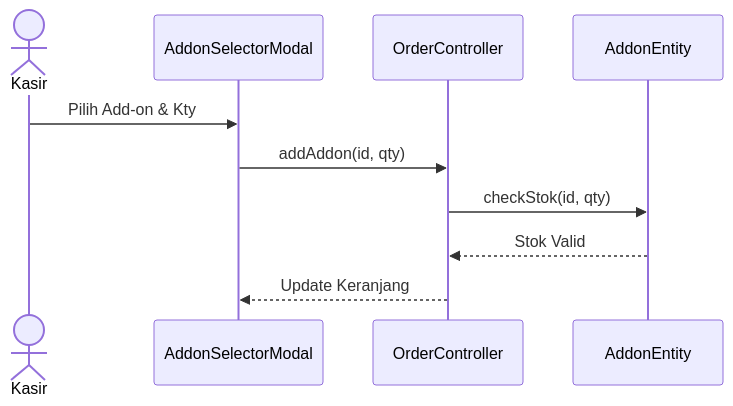
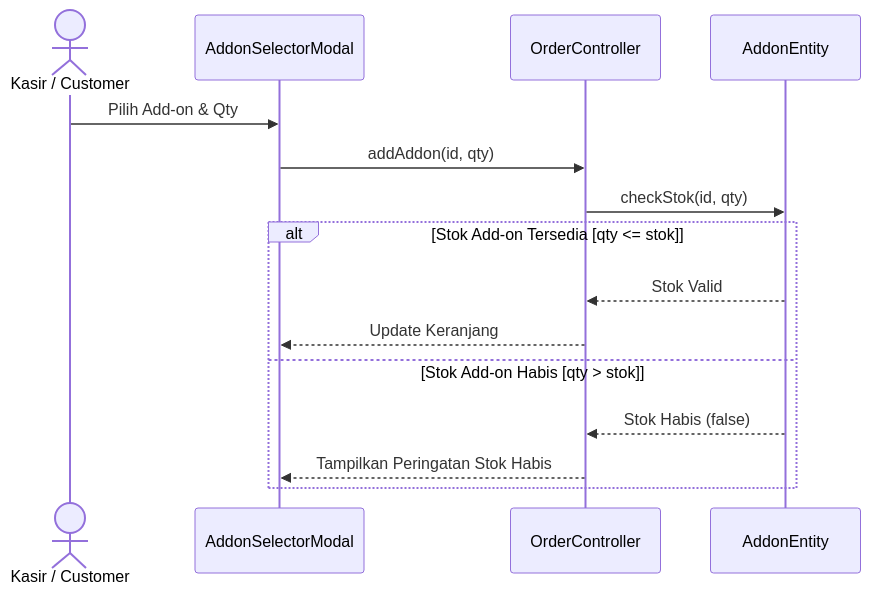
One commit to impal-kelompok-4/pos-tiket-standup changed diagram 21 of 27 in docs/Tugas 1 - DPPL SISTEM PEMESANAN TIKET.md. Above: the diagram before and after it, drawn with Mermaid. The commit also changed other lines of this file and 28 other files, not shown here.

````diff
--- a/docs/Tugas 1 - DPPL SISTEM PEMESANAN TIKET.md
+++ b/docs/Tugas 1 - DPPL SISTEM PEMESANAN TIKET.md
@@ -831,12 +873,17 @@
 ```mermaid
 sequenceDiagram
-    actor Kasir
+    actor Pengguna as Kasir / Customer
     participant AddonSelectorModal
     participant OrderController
     participant AddonEntity
-    Kasir->>AddonSelectorModal: Pilih Add-on & Kty
+    Pengguna->>AddonSelectorModal: Pilih Add-on & Qty
     AddonSelectorModal->>OrderController: addAddon(id, qty)
     OrderController->>AddonEntity: checkStok(id, qty)
-    AddonEntity-->>OrderController: Stok Valid
-    OrderController-->>AddonSelectorModal: Update Keranjang
+    alt Stok Add-on Tersedia [qty <= stok]
+        AddonEntity-->>OrderController: Stok Valid
+        OrderController-->>AddonSelectorModal: Update Keranjang
+    else Stok Add-on Habis [qty > stok]
+        AddonEntity-->>OrderController: Stok Habis (false)
+        OrderController-->>AddonSelectorModal: Tampilkan Peringatan Stok Habis
+    end
 ```
````
